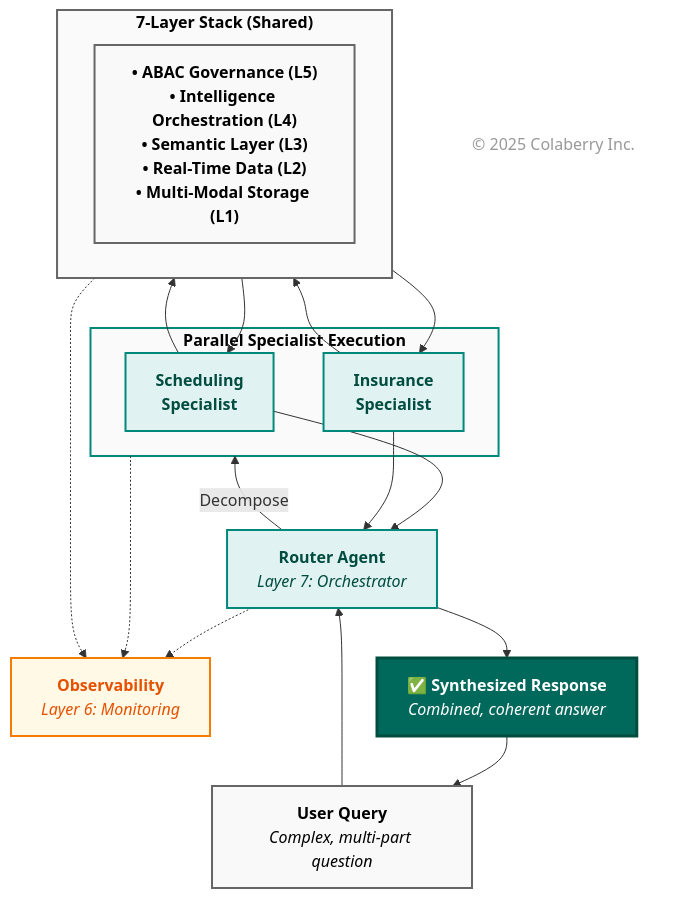
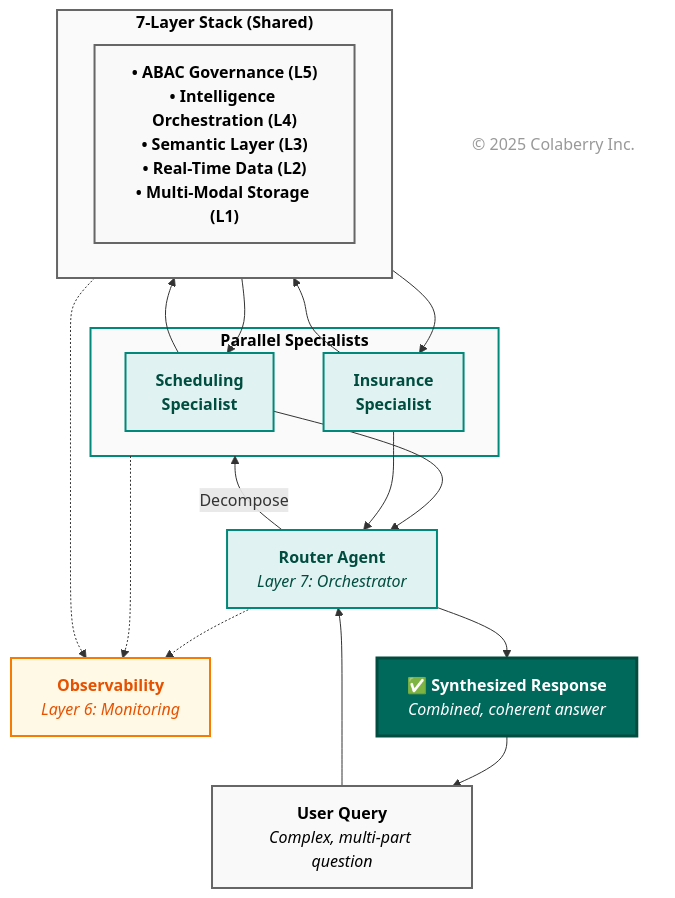
Before and after one commit to colaberry/enterprise-data-readiness-ai-agents: diagram 14 of 16 in chapter-01/chapter_1_complete.md, drawn with Mermaid. The commit also changed other lines of this file, not shown here.

First line of the commit message:
diagram 7a touched

````diff
--- a/chapter-01/chapter_1_complete.md
+++ b/chapter-01/chapter_1_complete.md
@@ -2226,53 +2226,53 @@
 ```mermaid
 
 graph TB
     U["`**User Query**<br/><i>Complex, multi-part question</i>`"]
     
     R["`**Router Agent**<br/><i>Layer 7: Orchestrator</i>`"]
     
-    subgraph parallel["`**Parallel Specialist Execution**`"]
+    subgraph parallel["`**Parallel Specialists**`"]
         S1["`**Scheduling<br/>Specialist**`"]
         S2["`**Insurance<br/>Specialist**`"]
     end
     
     subgraph stack["`**7-Layer Stack (Shared)**`"]
         ST["`**• ABAC Governance (L5)**<br/><b>• Intelligence Orchestration (L4)</b><br/><b>• Semantic Layer (L3)</b><br/><b>• Real-Time Data (L2)</b><br/><b>• Multi-Modal Storage (L1)</b>`"]
     end
     
     O["`**Observability**<br/><i>Layer 6: Monitoring</i>`"]
     
     RESP["`**✅ Synthesized Response**<br/><i>Combined, coherent answer</i>`"]
     
     U --> R
     R -->|Decompose| parallel
     S1 --> stack
     S2 --> stack
     stack --> S1
     stack --> S2
     S1 --> R
     S2 --> R
     R --> RESP
     RESP --> U
     
     R -.-> O
     parallel -.-> O
     stack -.-> O
     
     style U fill:#f9f9f9,stroke:#666666,stroke-width:2px,color:#000000
     style R fill:#e0f2f1,stroke:#00897b,stroke-width:2px,color:#004d40
     
     style parallel fill:#fafafa,stroke:#00897b,stroke-width:2px,color:#000000
     style S1 fill:#e0f2f1,stroke:#00897b,stroke-width:2px,color:#004d40
     style S2 fill:#e0f2f1,stroke:#00897b,stroke-width:2px,color:#004d40
     
     style stack fill:#fafafa,stroke:#666666,stroke-width:2px,color:#000000
     style ST fill:#f9f9f9,stroke:#666666,stroke-width:2px,color:#000000
     
     style O fill:#fff9e6,stroke:#f57c00,stroke-width:2px,color:#e65100
     style RESP fill:#00695c,color:#ffffff,stroke:#004d40,stroke-width:3px
 
     %% Copyright Notice
     CR["© 2025 Colaberry Inc."]
     style CR fill:none,stroke:none,color:#999999
-    
+
 ```
````
